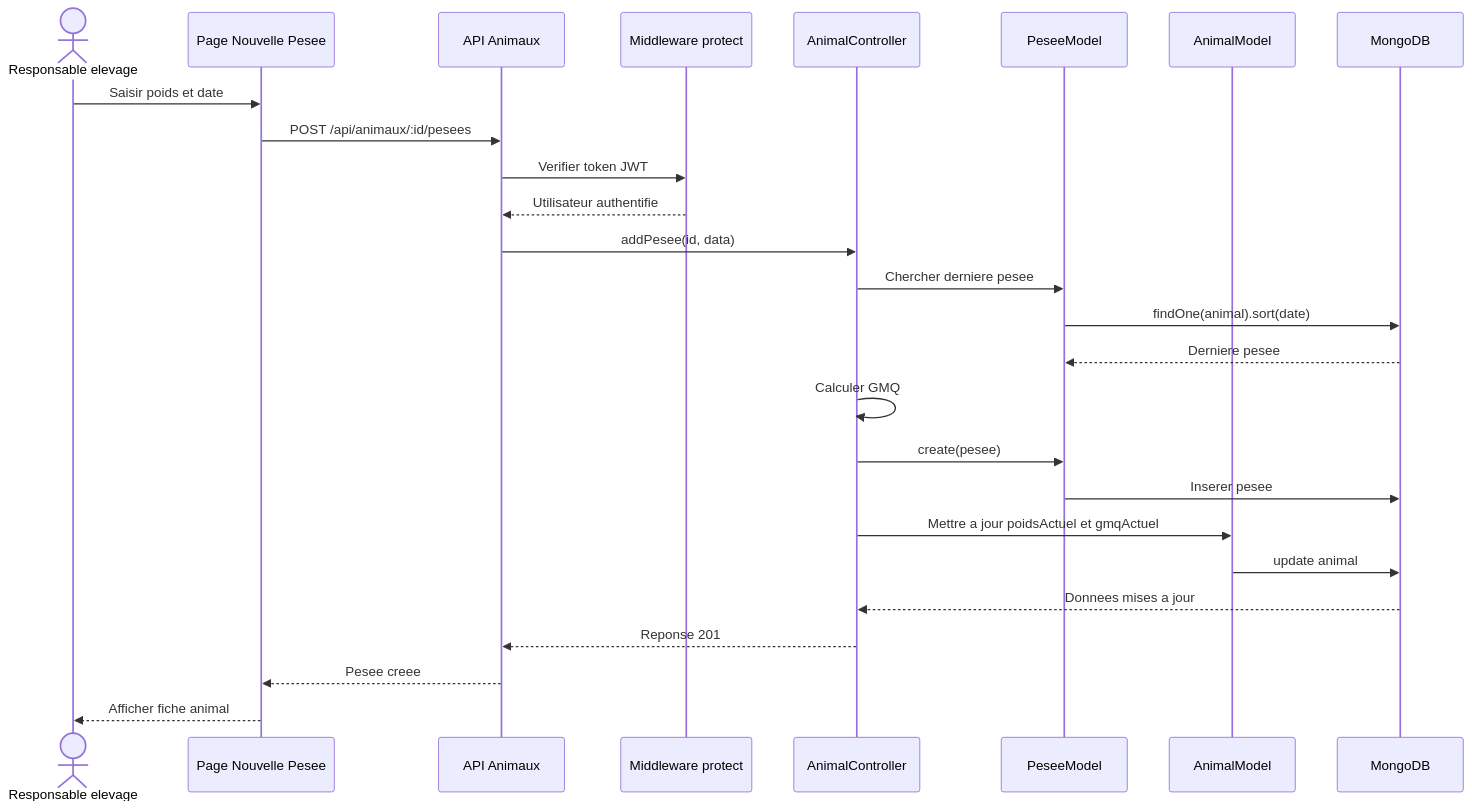
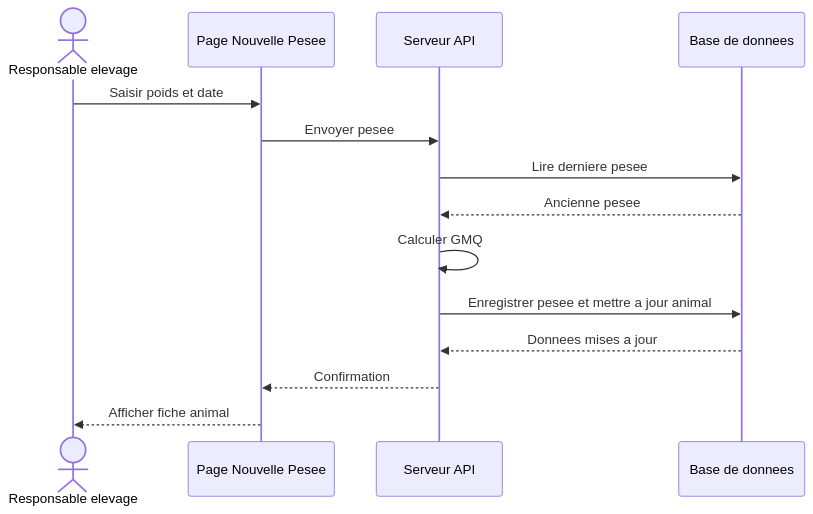
The diagram in tasks/safouane/sequence-add-pesee.md (Youness-Ailal/bovins_cmc), drawn with Mermaid before and after one commit. The commit also changed 14 other files, not shown here.

````diff
--- a/tasks/safouane/sequence-add-pesee.md
+++ b/tasks/safouane/sequence-add-pesee.md
@@ -3,29 +3,17 @@
 ```mermaid
 sequenceDiagram
     actor Responsable as Responsable elevage
-    participant Frontend as Page Nouvelle Pesee
-    participant API as API Animaux
-    participant Middleware as Middleware protect
-    participant Controller as AnimalController
-    participant Pesee as PeseeModel
-    participant Animal as AnimalModel
-    participant DB as MongoDB
+    participant Interface as Page Nouvelle Pesee
+    participant Serveur as Serveur API
+    participant DB as Base de donnees
 
-    Responsable->>Frontend: Saisir poids et date
-    Frontend->>API: POST /api/animaux/:id/pesees
-    API->>Middleware: Verifier token JWT
-    Middleware-->>API: Utilisateur authentifie
-    API->>Controller: addPesee(id, data)
-    Controller->>Pesee: Chercher derniere pesee
-    Pesee->>DB: findOne(animal).sort(date)
-    DB-->>Pesee: Derniere pesee
-    Controller->>Controller: Calculer GMQ
-    Controller->>Pesee: create(pesee)
-    Pesee->>DB: Inserer pesee
-    Controller->>Animal: Mettre a jour poidsActuel et gmqActuel
-    Animal->>DB: update animal
-    DB-->>Controller: Donnees mises a jour
-    Controller-->>API: Reponse 201
-    API-->>Frontend: Pesee creee
-    Frontend-->>Responsable: Afficher fiche animal
+    Responsable->>Interface: Saisir poids et date
+    Interface->>Serveur: Envoyer pesee
+    Serveur->>DB: Lire derniere pesee
+    DB-->>Serveur: Ancienne pesee
+    Serveur->>Serveur: Calculer GMQ
+    Serveur->>DB: Enregistrer pesee et mettre a jour animal
+    DB-->>Serveur: Donnees mises a jour
+    Serveur-->>Interface: Confirmation
+    Interface-->>Responsable: Afficher fiche animal
 ```
````
